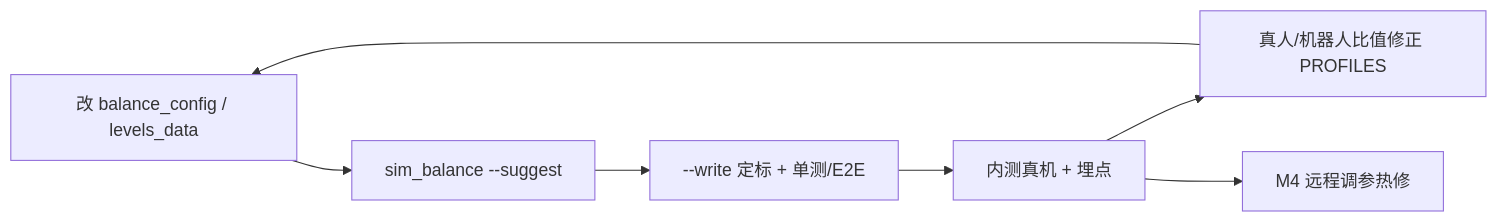
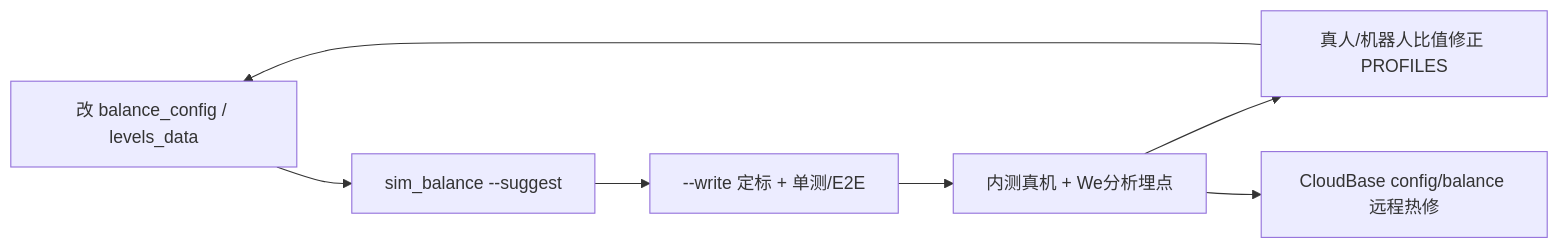
Before and after one commit to 948049716/hoshi-kissa-bakery: the diagram in docs/07-数值模拟与调参手册.md, drawn with Mermaid. The commit also changed other lines of this file and 20 other files, not shown here.

Commit message:
feat(m4): v0.13.0 remote balance config, rewarded video ads, WeChat openDataContext, telemetry & settings

````diff
--- a/docs/07-数值模拟与调参手册.md
+++ b/docs/07-数值模拟与调参手册.md
@@ -104,9 +109,9 @@
 ```mermaid
 flowchart LR
   A["改 balance_config / levels_data"] --> B["sim_balance --suggest"]
   B --> C["--write 定标 + 单测/E2E"]
-  C --> D["内测真机 + 埋点"]
+  C --> D["内测真机 + We分析埋点"]
   D --> E["真人/机器人比值修正 PROFILES"]
   E --> A
-  D --> F["M4 远程调参热修"]
+  D --> F["CloudBase config/balance 远程热修"]
 ```
````
